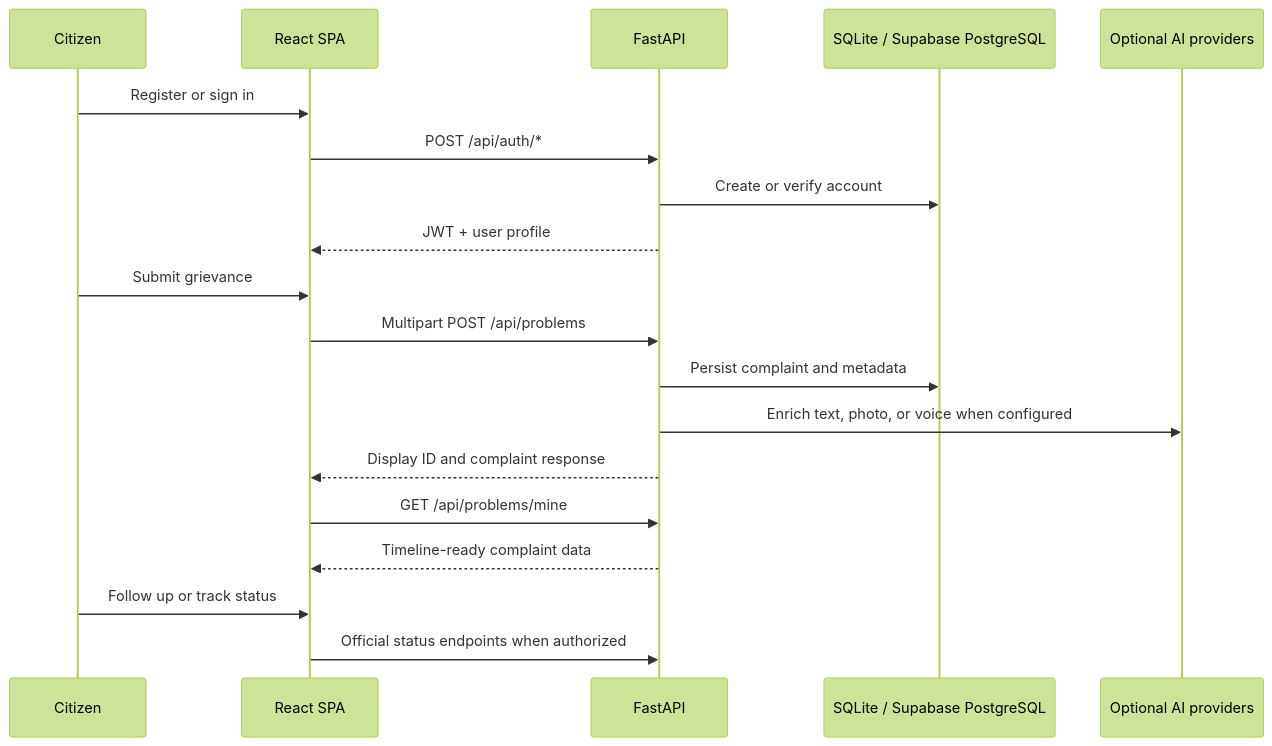
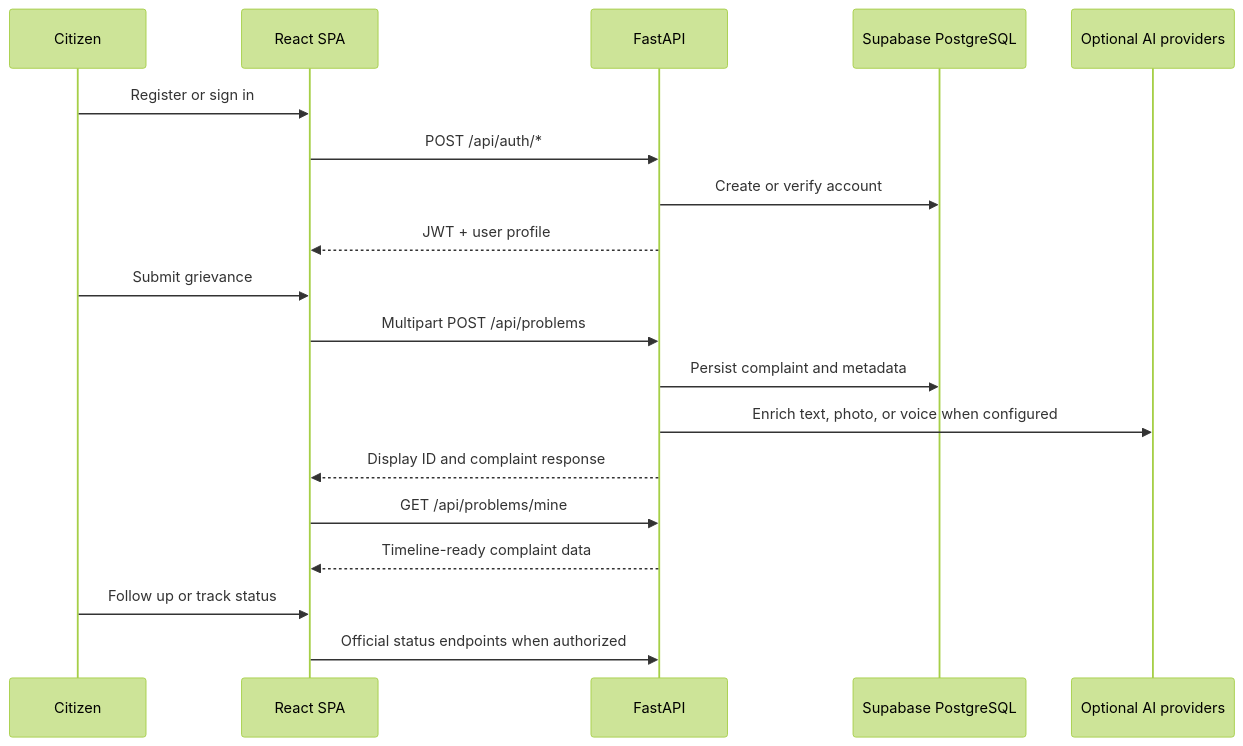
The second of 2 diagrams in README.md (Kalyan-Setu/Kalyan_Setu), drawn with Mermaid (forest theme) before and after one commit. The commit also changed other lines of this file and 4 other files, not shown here.

Commit message:
Use direct PostgreSQL asyncpg database access

````diff
--- a/README.md
+++ b/README.md
@@ -95,22 +95,22 @@
 ```mermaid
 sequenceDiagram
     participant Citizen
     participant SPA as React SPA
     participant API as FastAPI
-    participant DB as SQLite / Supabase PostgreSQL
+    participant DB as Supabase PostgreSQL
     participant AI as Optional AI providers
 
     Citizen->>SPA: Register or sign in
     SPA->>API: POST /api/auth/*
     API->>DB: Create or verify account
     API-->>SPA: JWT + user profile
     Citizen->>SPA: Submit grievance
     SPA->>API: Multipart POST /api/problems
     API->>DB: Persist complaint and metadata
     API->>AI: Enrich text, photo, or voice when configured
     API-->>SPA: Display ID and complaint response
     SPA->>API: GET /api/problems/mine
     API-->>SPA: Timeline-ready complaint data
     Citizen->>SPA: Follow up or track status
     SPA->>API: Official status endpoints when authorized
 ```
````
